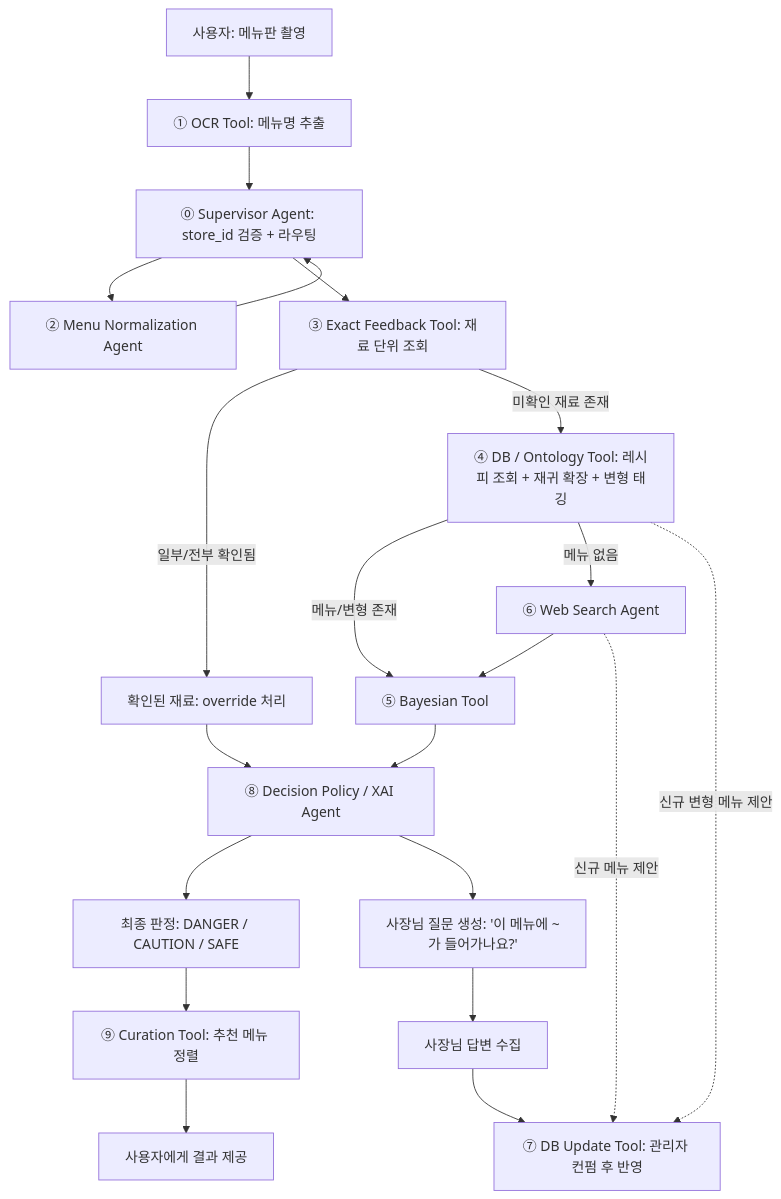
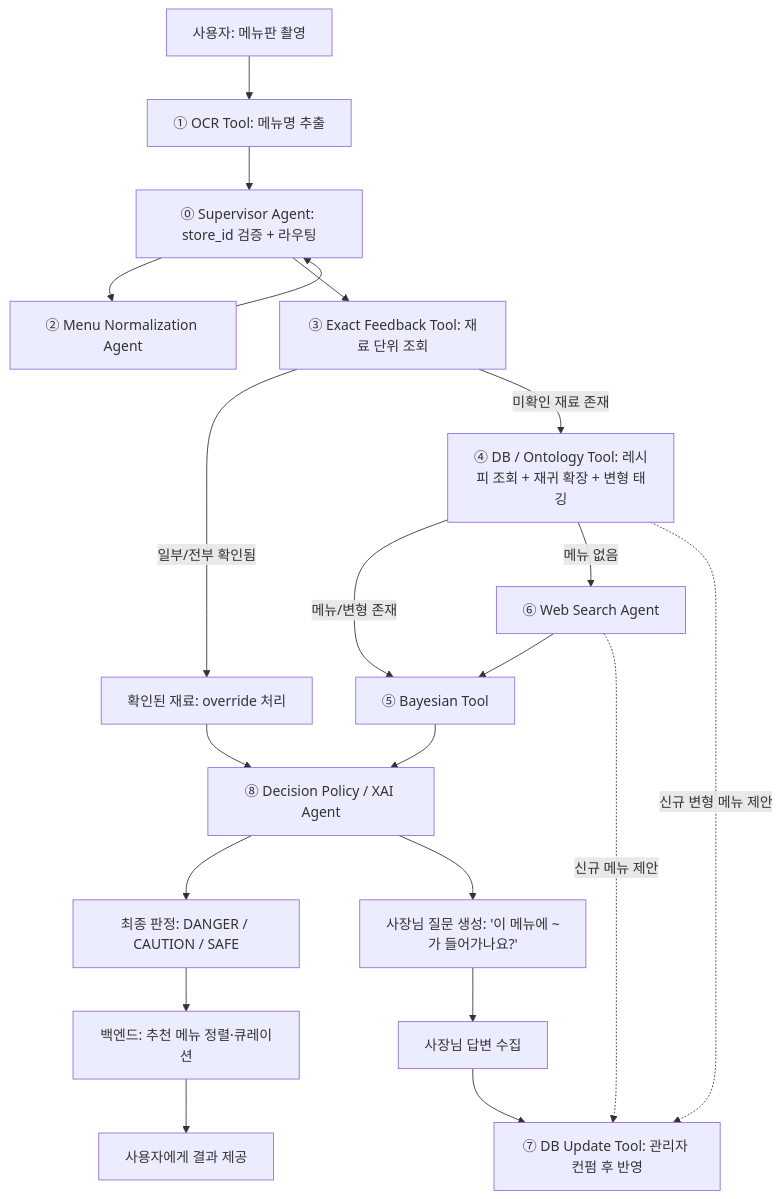
The first of 7 diagrams in docs/caution-multi-agent-architecture.md (Han-Spoon/ai), drawn with Mermaid before and after one commit. The commit also changed other lines of this file and 6 other files, not shown here.

````diff
--- a/docs/caution-multi-agent-architecture.md
+++ b/docs/caution-multi-agent-architecture.md
@@ -10,30 +10,30 @@
 ```mermaid
 flowchart TD
     A[사용자: 메뉴판 촬영] --> B[① OCR Tool: 메뉴명 추출]
     B --> D[⓪ Supervisor Agent: store_id 검증 + 라우팅]
     D --> C[② Menu Normalization Agent]
     C --> D
 
     D --> E[③ Exact Feedback Tool: 재료 단위 조회]
     E -->|일부/전부 확인됨| F[확인된 재료: override 처리]
     E -->|미확인 재료 존재| G[④ DB / Ontology Tool: 레시피 조회 + 재귀 확장 + 변형 태깅]
 
     G -->|메뉴/변형 존재| H[⑤ Bayesian Tool]
     G -->|메뉴 없음| I[⑥ Web Search Agent]
 
     I --> H
 
     H --> K[⑧ Decision Policy / XAI Agent]
     F --> K
 
     K --> L[최종 판정: DANGER / CAUTION / SAFE]
     K --> M[사장님 질문 생성: '이 메뉴에 ~가 들어가나요?']
     M --> N[사장님 답변 수집]
 
-    L --> CUR[⑨ Curation Tool: 추천 메뉴 정렬]
-    CUR --> O[사용자에게 결과 제공]
+    L --> BE_CUR[백엔드: 추천 메뉴 정렬·큐레이션]
+    BE_CUR --> O[사용자에게 결과 제공]
 
     G -.신규 변형 메뉴 제안.-> J[⑦ DB Update Tool: 관리자 컨펌 후 반영]
     I -.신규 메뉴 제안.-> J
     N --> J
 ```
````
